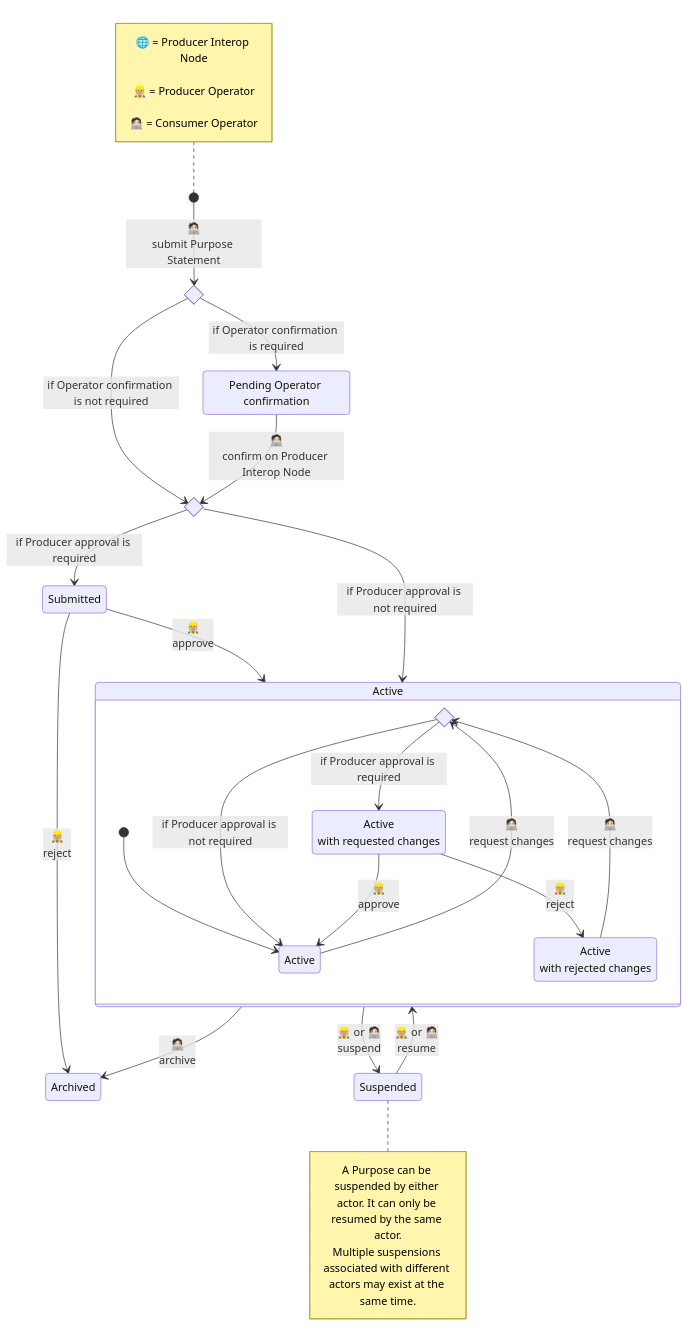
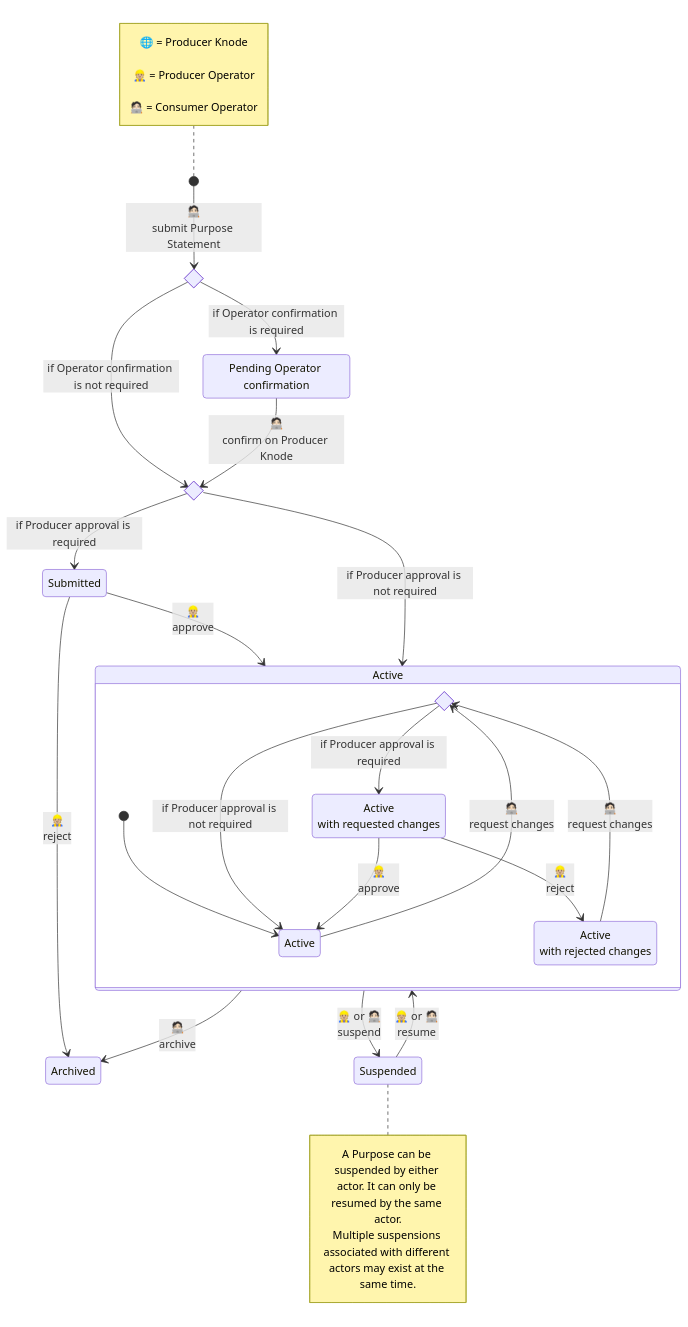
One commit to pagopa/knodia-docs-input changed the diagram in whitepaper/resources/mermaid/lifecycle-purpose-provide.mermaid. Above: the diagram before and after it, drawn with Mermaid. The commit also changed 47 other files, not shown here.

Commit message:
Rename Interop Node -> Knode

```diff
--- a/whitepaper/resources/mermaid/lifecycle-purpose-provide.mermaid
+++ b/whitepaper/resources/mermaid/lifecycle-purpose-provide.mermaid
@@ -1,54 +1,54 @@
 ---
 config:
   layout: dagre
 ---
 stateDiagram-v2
 
 state IF_USER_CONFIRMATION <<choice>>
 state IF_APPROVAL_REQUIRED <<choice>>
 state IF_CHANGES_APPROVAL_REQUIRED <<choice>>
 state "Pending Operator confirmation" as PENDING_USER_CONFIRMATION
 state "Submitted" as PENDING_APPROVAL
 state Active
 state Archived
 
 [*] --> IF_USER_CONFIRMATION: 🧑🏻‍💻<br>submit Purpose Statement
 IF_USER_CONFIRMATION --> PENDING_USER_CONFIRMATION: if Operator confirmation is required
 IF_USER_CONFIRMATION --> IF_APPROVAL_REQUIRED: if Operator confirmation is not required
 
 PENDING_APPROVAL --> Active: 👷🏼<br>approve
 PENDING_APPROVAL --> Archived: 👷🏼<br>reject
 
 IF_APPROVAL_REQUIRED --> PENDING_APPROVAL: if Producer approval is required
 IF_APPROVAL_REQUIRED --> Active: if Producer approval is not required
 
-PENDING_USER_CONFIRMATION --> IF_APPROVAL_REQUIRED: 🧑🏻‍💻<br>confirm on Producer Interop Node
+PENDING_USER_CONFIRMATION --> IF_APPROVAL_REQUIRED: 🧑🏻‍💻<br>confirm on Producer Knode
 
 Active --> Archived: 🧑🏻‍💻<br>archive
 
 Active --> Suspended: 👷🏼 or 🧑🏻‍💻<br>suspend
 Suspended --> Active: 👷🏼 or 🧑🏻‍💻<br>resume
 
 note right of Suspended
   A Purpose can be suspended by either actor. It can only be resumed by the same actor.
   Multiple suspensions associated with different actors may exist at the same time.
 end note
 
 state Active {
   state "Active" as ACTIVE_NO_CHANGES
   [*] --> ACTIVE_NO_CHANGES
   state "Active<br>with requested changes" as ACTIVE_CHANGES_REQUESTED
   state "Active<br>with rejected changes" as ACTIVE_CHANGES_REJECTED
   ACTIVE_NO_CHANGES --> IF_CHANGES_APPROVAL_REQUIRED: 🧑🏻‍💻<br>request changes
   IF_CHANGES_APPROVAL_REQUIRED --> ACTIVE_CHANGES_REQUESTED: if Producer approval is required
   IF_CHANGES_APPROVAL_REQUIRED --> ACTIVE_NO_CHANGES: if Producer approval is not required
   ACTIVE_CHANGES_REQUESTED --> ACTIVE_NO_CHANGES: 👷🏼<br>approve
   ACTIVE_CHANGES_REQUESTED --> ACTIVE_CHANGES_REJECTED: 👷🏼<br>reject
   ACTIVE_CHANGES_REJECTED --> IF_CHANGES_APPROVAL_REQUIRED: 🧑🏻‍💻<br>request changes
 }
 
 note left of [*]
-  🌐 = Producer Interop Node<br>
+  🌐 = Producer Knode<br>
   👷🏼 = Producer Operator<br>
   🧑🏻‍💻 = Consumer Operator
 end note
```
